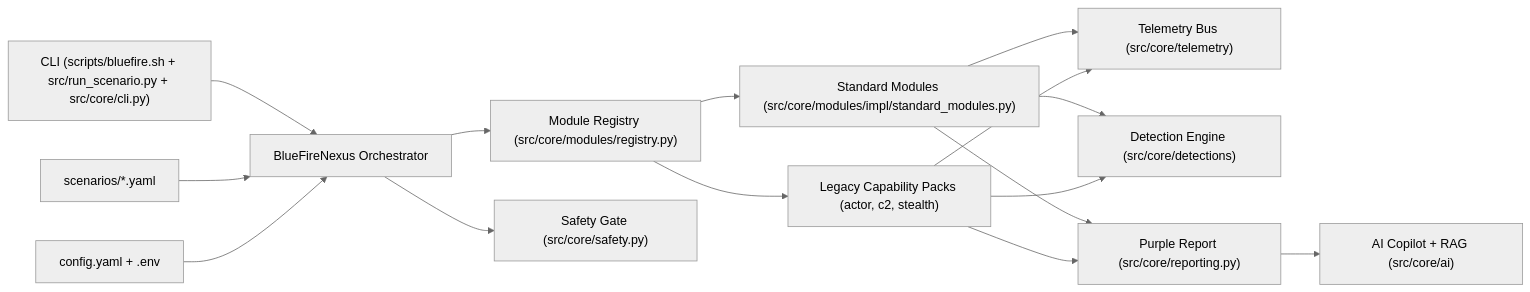
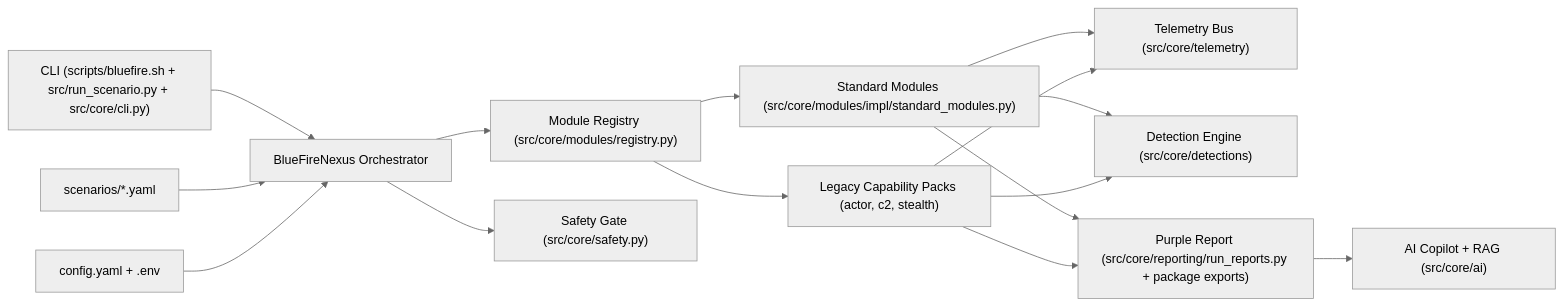
Before and after one commit to Moneer-S/BlueFire-Nexus: the diagram in docs/ARCHITECTURE.md, drawn with Mermaid (neutral theme). The commit also changed other lines of this file and 6 other files, not shown here.

First line of the commit message:
docs(core): align ARCHITECTURE reporting layout; unify intra-core imports

````diff
--- a/docs/ARCHITECTURE.md
+++ b/docs/ARCHITECTURE.md
@@ -7,17 +7,17 @@
 ```mermaid
 flowchart LR
     cli["CLI (scripts/bluefire.sh + src/run_scenario.py + src/core/cli.py)"] --> orchestrator["BlueFireNexus Orchestrator"]
     scenarioLib["scenarios/*.yaml"] --> orchestrator
     config["config.yaml + .env"] --> orchestrator
     orchestrator --> moduleRegistry["Module Registry (src/core/modules/registry.py)"]
     moduleRegistry --> modules["Standard Modules (src/core/modules/impl/standard_modules.py)"]
     moduleRegistry --> legacyModules["Legacy Capability Packs (actor, c2, stealth)"]
     modules --> telemetry["Telemetry Bus (src/core/telemetry)"]
     legacyModules --> telemetry
     modules --> detections["Detection Engine (src/core/detections)"]
     legacyModules --> detections
-    modules --> report["Purple Report (src/core/reporting.py)"]
+    modules --> report["Purple Report (src/core/reporting/run_reports.py + package exports)"]
     legacyModules --> report
     orchestrator --> safety["Safety Gate (src/core/safety.py)"]
     report --> copilot["AI Copilot + RAG (src/core/ai)"]
 ```
````
